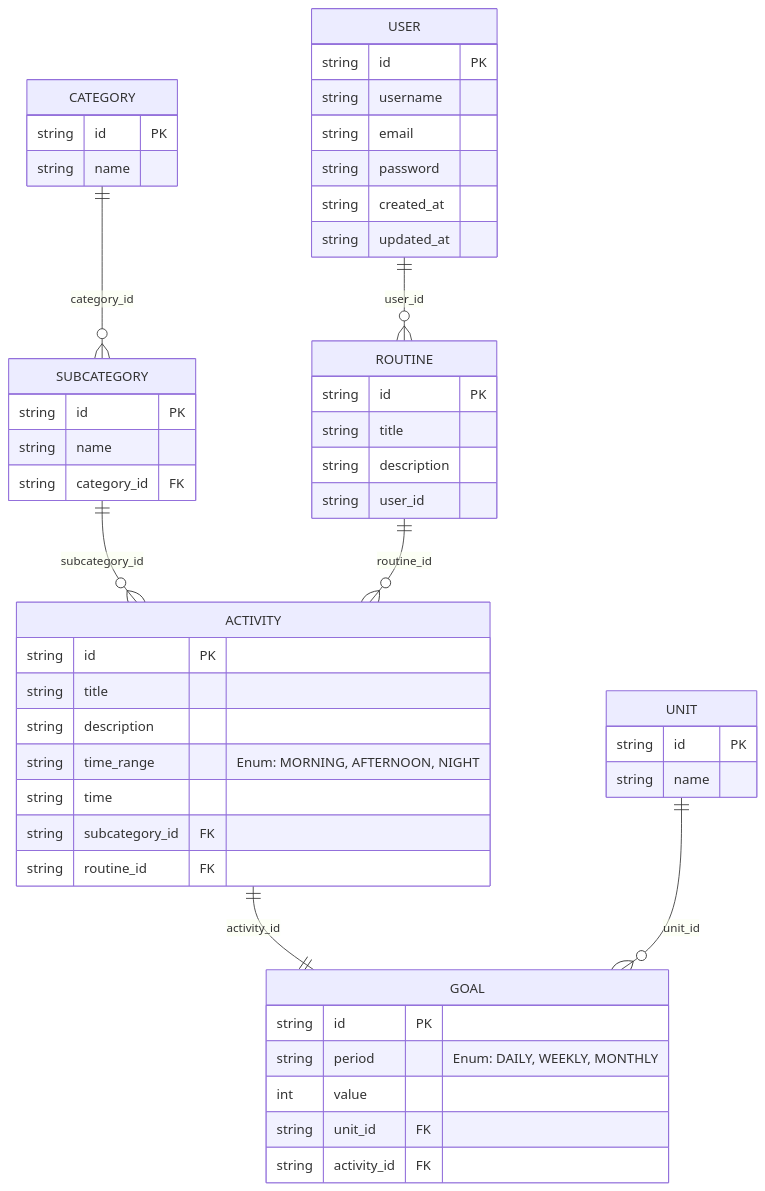
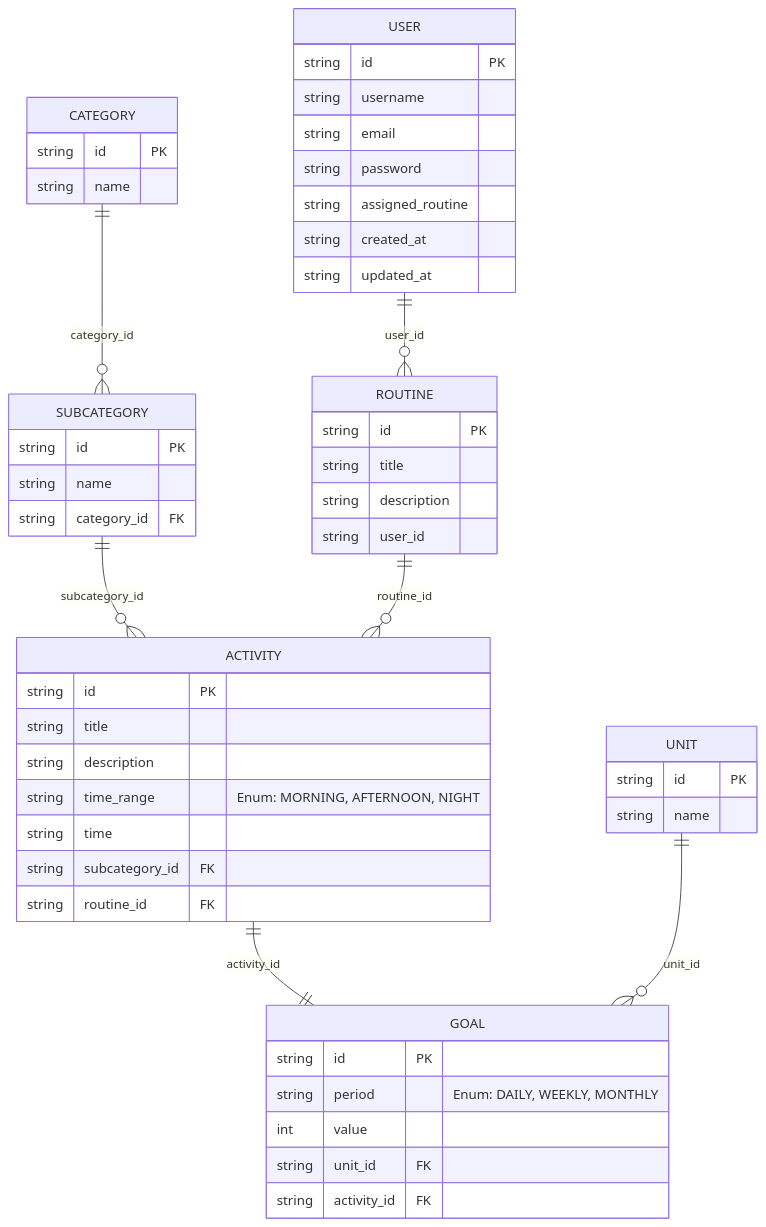
The diagram in README.md (No-Country-simulation/c24-34-t-webapp), drawn with Mermaid before and after one commit. The commit also changed 17 other files, not shown here.

Commit message:
feat: add assigned routine field

````diff
--- a/README.md
+++ b/README.md
@@ -21,59 +21,60 @@
 ```mermaid
 erDiagram
     USER {
         string id PK
         string username
         string email
         string password
+        string assigned_routine
         string created_at
         string updated_at
     }
 
     CATEGORY {
         string id PK
         string name
     }
 
     SUBCATEGORY {
         string id PK
         string name
         string category_id FK
     }
 
     ACTIVITY {
         string id PK
         string title
         string description
         string time_range "Enum: MORNING, AFTERNOON, NIGHT"
         string time
         string subcategory_id FK
         string routine_id FK
     }
 
     GOAL {
         string id PK
         string period "Enum: DAILY, WEEKLY, MONTHLY"
         int value
         string unit_id FK
         string activity_id FK
     }
 
     UNIT {
         string id PK
         string name
     }
 
     ROUTINE {
         string id PK
         string title
         string description
         string user_id
     }
 
     CATEGORY ||--o{ SUBCATEGORY : "category_id"
     SUBCATEGORY ||--o{ ACTIVITY : "subcategory_id"
     ACTIVITY ||--|| GOAL : "activity_id"
     UNIT ||--o{ GOAL : "unit_id"
     ROUTINE ||--o{ ACTIVITY : "routine_id"
     USER ||--o{ ROUTINE : "user_id"
 ```
````
